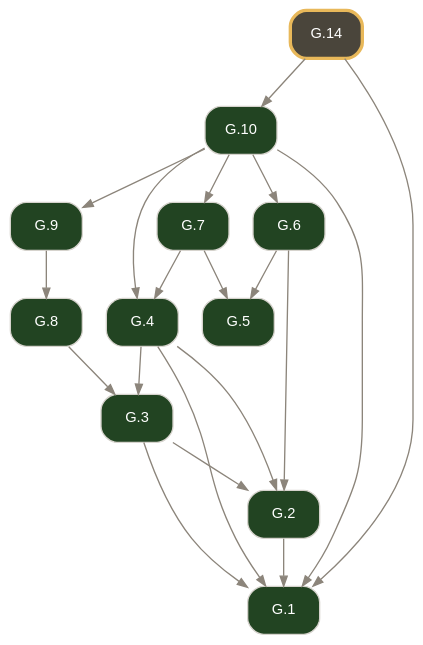
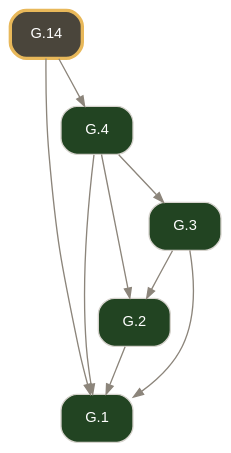
Before and after one commit to geometor/elements: the diagram in docsrc/elements2/G.14/index.rst, drawn with Graphviz. The commit also changed other lines of this file and 1276 other files, not shown here.

```diff
--- a/docsrc/elements2/G.14/index.rst
+++ b/docsrc/elements2/G.14/index.rst
@@ -36,38 +38,21 @@
 .. graphviz::
 
    digraph {
      bgcolor="transparent";
      node [shape=box, style="rounded,filled", fontname="Helvetica", fontsize=11, color="#d6d3cd", fontcolor="#ffffff"];
      edge [color="#8c857b", fontcolor="#8c857b", arrowsize=0.75];
      rankdir="TB";
      "G.1" [label="G.1", tooltip="G.1 (I.def.1): A point A is that which has no part.", fillcolor="#224422", URL="../G.1/index.html", target="_top"];
      "G.2" [label="G.2", tooltip="G.2 (I.def.2): A line [ A B ] is a projection of a relationship of two points A, B.", fillcolor="#224422", URL="../G.2/index.html", target="_top"];
      "G.3" [label="G.3", tooltip="G.3 (I.def.3): The extremities of a segment / A B / are points A, B.", fillcolor="#224422", URL="../G.3/index.html", target="_top"];
      "G.4" [label="G.4", tooltip="G.4 (I.def.4): A segment / A B / is a portion of a line [ A B ] between two points A, B on the line.", fillcolor="#224422", URL="../G.4/index.html", target="_top"];
-     "G.5" [label="G.5", tooltip="G.5 (I.def.5): A surface is that which has length and breadth only.", fillcolor="#224422", URL="../G.5/index.html", target="_top"];
-     "G.6" [label="G.6", tooltip="G.6 (I.def.6): The extremities of a surface are lines or arcs.", fillcolor="#224422", URL="../G.6/index.html", target="_top"];
-     "G.7" [label="G.7", tooltip="G.7 (I.def.7): A plane surface lies evenly with the lines on itself.", fillcolor="#224422", URL="../G.7/index.html", target="_top"];
-     "G.8" [label="G.8", tooltip="G.8 (I.def.13): A boundary is the extremity of anything.", fillcolor="#224422", URL="../G.8/index.html", target="_top"];
-     "G.9" [label="G.9", tooltip="G.9 (I.def.14): A figure is that which is contained by any boundary or boundaries.", fillcolor="#224422", URL="../G.9/index.html", target="_top"];
-     "G.10" [label="G.10", tooltip="G.10 (I.def.15): A circle ( A B ) is a plane figure contained by one arc defined by a center A and a point B establishing its defining radius / A B /, such that all segments / A B /, / A C /, / A D...", fillcolor="#224422", URL="../G.10/index.html", target="_top"];
-     "G.14" [label="G.14", tooltip="G.14 (I.def.16): The point A within the circle ( A B ) from which all segments / A B /, / A C / to the arc are equal is called the center of the circle.", penwidth=2.5, color="#e8b85a", fillcolor="#4a453b", URL="index.html", target="_top"];
+     "G.14" [label="G.14", tooltip="G.14 (I.post.1): Construct a segment / A B / between any two points A, B.", penwidth=2.5, color="#e8b85a", fillcolor="#4a453b", URL="index.html", target="_top"];
      "G.2" -> "G.1";
      "G.3" -> "G.1";
      "G.4" -> "G.1";
-     "G.10" -> "G.1";
      "G.14" -> "G.1";
      "G.3" -> "G.2";
      "G.4" -> "G.2";
-     "G.6" -> "G.2";
      "G.4" -> "G.3";
-     "G.8" -> "G.3";
-     "G.7" -> "G.4";
-     "G.10" -> "G.4";
-     "G.6" -> "G.5";
-     "G.7" -> "G.5";
-     "G.10" -> "G.6";
-     "G.10" -> "G.7";
-     "G.9" -> "G.8";
-     "G.10" -> "G.9";
-     "G.14" -> "G.10";
+     "G.14" -> "G.4";
    }
```
